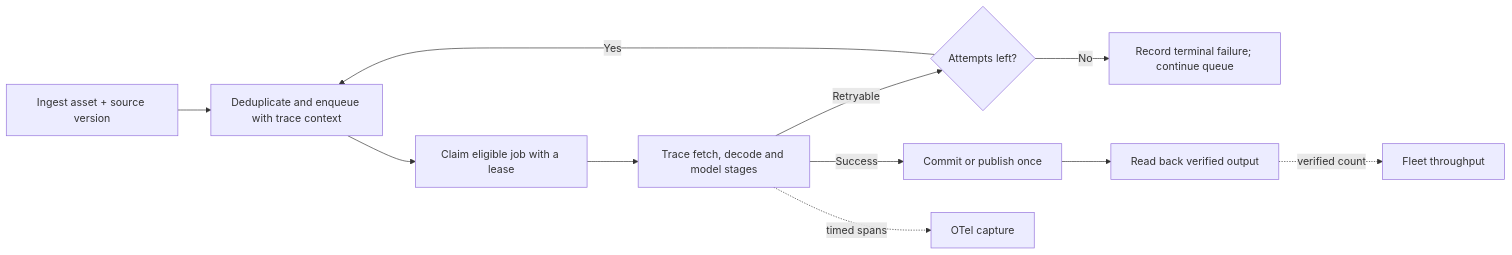
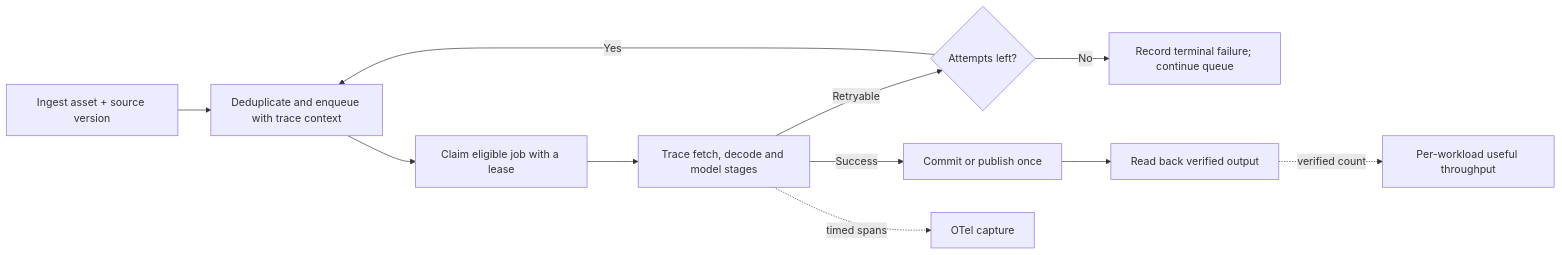
The first of 5 diagrams in docs/methodology/distributed-ai-performance.md (homeiac/home), drawn with Mermaid before and after one commit. The commit also changed other lines of this file and 8 other files, not shown here.

````diff
--- a/docs/methodology/distributed-ai-performance.md
+++ b/docs/methodology/distributed-ai-performance.md
@@ -5,13 +10,13 @@
 ```mermaid
 flowchart LR
     In["Ingest asset + source version"] --> Q["Deduplicate and enqueue with trace context"]
     Q --> Claim["Claim eligible job with a lease"]
     Claim --> Stage["Trace fetch, decode and model stages"]
     Stage -->|Success| Write["Commit or publish once"]
     Stage -->|Retryable| Retry{"Attempts left?"}
     Retry -->|Yes| Q
     Retry -->|No| Skip["Record terminal failure; continue queue"]
     Write --> Verify["Read back verified output"]
     Stage -. "timed spans" .-> OT["OTel capture"]
-    Verify -. "verified count" .-> Rate["Fleet throughput"]
+    Verify -. "verified count" .-> Rate["Per-workload useful throughput"]
 ```
````
